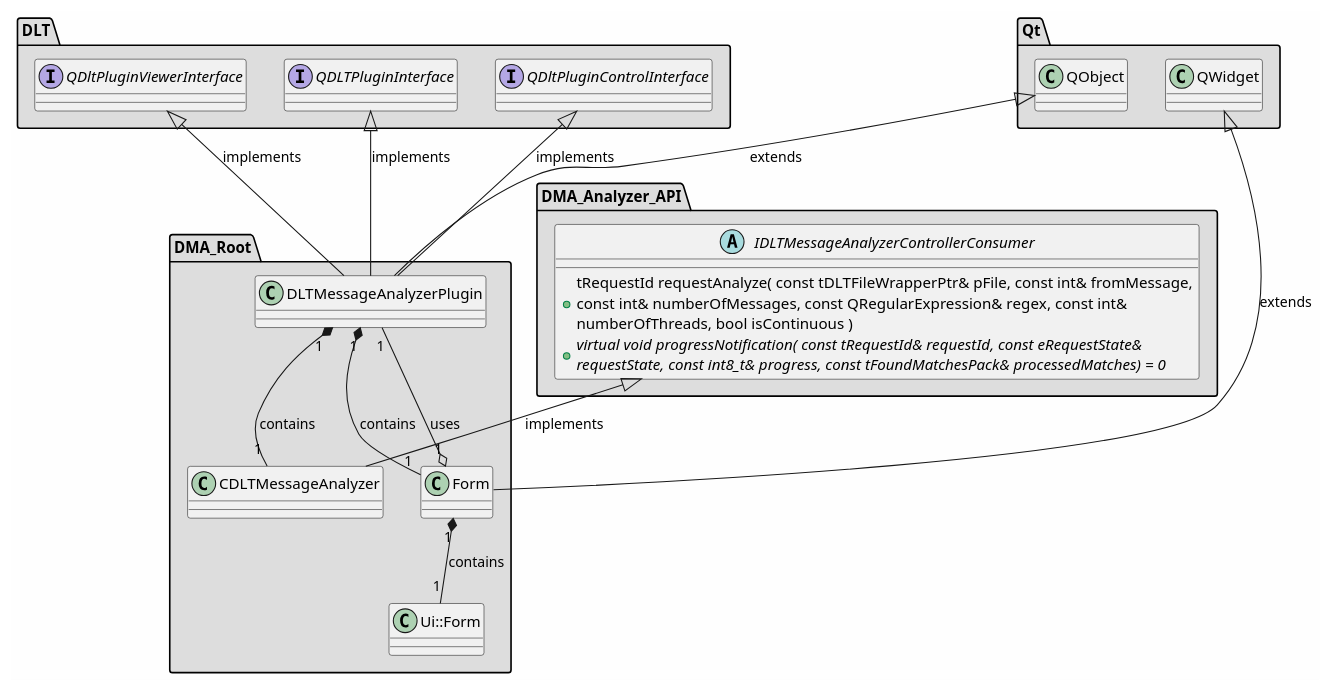
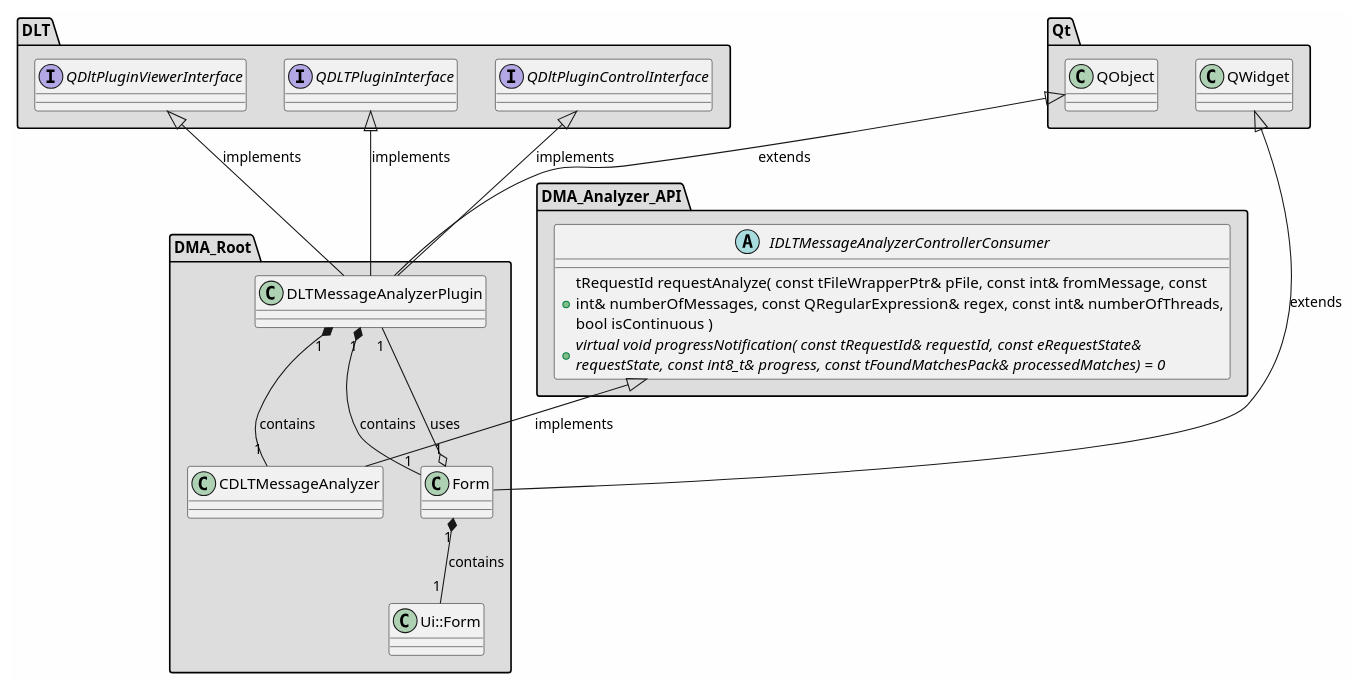
The diagram in md/dev_docs/puml/DMA_Root_standalone.puml (svlad-90/DLT-Message-Analyzer), drawn with PlantUML before and after one commit. The commit also changed 83 other files, not shown here.

First line of the commit message:
[ISSUE #111][COMPONENTS] Introduce components architecture in the project

```diff
--- a/md/dev_docs/puml/DMA_Root_standalone.puml
+++ b/md/dev_docs/puml/DMA_Root_standalone.puml
@@ -2,81 +2,81 @@
 @startuml
 
 skinparam backgroundColor #FEFEFE
 skinparam wrapWidth 600
 package "DLT" #DDDDDD
 {
 
 interface "QDLTPluginInterface"
 {
 }
 
 interface "QDltPluginControlInterface"
 {
 }
 
 interface "QDltPluginViewerInterface"
 {
 }
 
 }
 
 package "DMA_Analyzer_API" #DDDDDD
 {
 
 abstract class "IDLTMessageAnalyzerControllerConsumer"
 {
-    + tRequestId requestAnalyze( const tDLTFileWrapperPtr& pFile, const int& fromMessage, const int& numberOfMessages, const QRegularExpression& regex, const int& numberOfThreads, bool isContinuous )
+    + tRequestId requestAnalyze( const tFileWrapperPtr& pFile, const int& fromMessage, const int& numberOfMessages, const QRegularExpression& regex, const int& numberOfThreads, bool isContinuous )
     + {abstract} virtual void progressNotification( const tRequestId& requestId, const eRequestState& requestState, const int8_t& progress, const tFoundMatchesPack& processedMatches) = 0
 }
 
 }
 
 package "DMA_Root" #DDDDDD
 {
 
 class "CDLTMessageAnalyzer"
 {
 }
 
 class "DLTMessageAnalyzerPlugin"
 {
 }
 
 class "Form"
 {
 }
 
 class "Ui::Form"
 {
 }
 
 }
 
 package "Qt" #DDDDDD
 {
 
 class "QObject"
 {
 }
 
 class "QWidget"
 {
 }
 
 }
 
 '====================Inheritance section====================
 IDLTMessageAnalyzerControllerConsumer <|-- CDLTMessageAnalyzer : implements
 QDLTPluginInterface <|-- DLTMessageAnalyzerPlugin : implements
 QDltPluginControlInterface <|-- DLTMessageAnalyzerPlugin : implements
 QDltPluginViewerInterface <|-- DLTMessageAnalyzerPlugin : implements
 QObject <|-- DLTMessageAnalyzerPlugin : extends
 QWidget <|-- Form : extends
 
 '====================Dependencies section====================
 DLTMessageAnalyzerPlugin "1" *-- "1" CDLTMessageAnalyzer : contains
 DLTMessageAnalyzerPlugin "1" *-- "1" Form : contains
 Form "1" o-- "1" DLTMessageAnalyzerPlugin : uses
 Form "1" *-- "1" Ui::Form : contains
 
 @enduml
```
